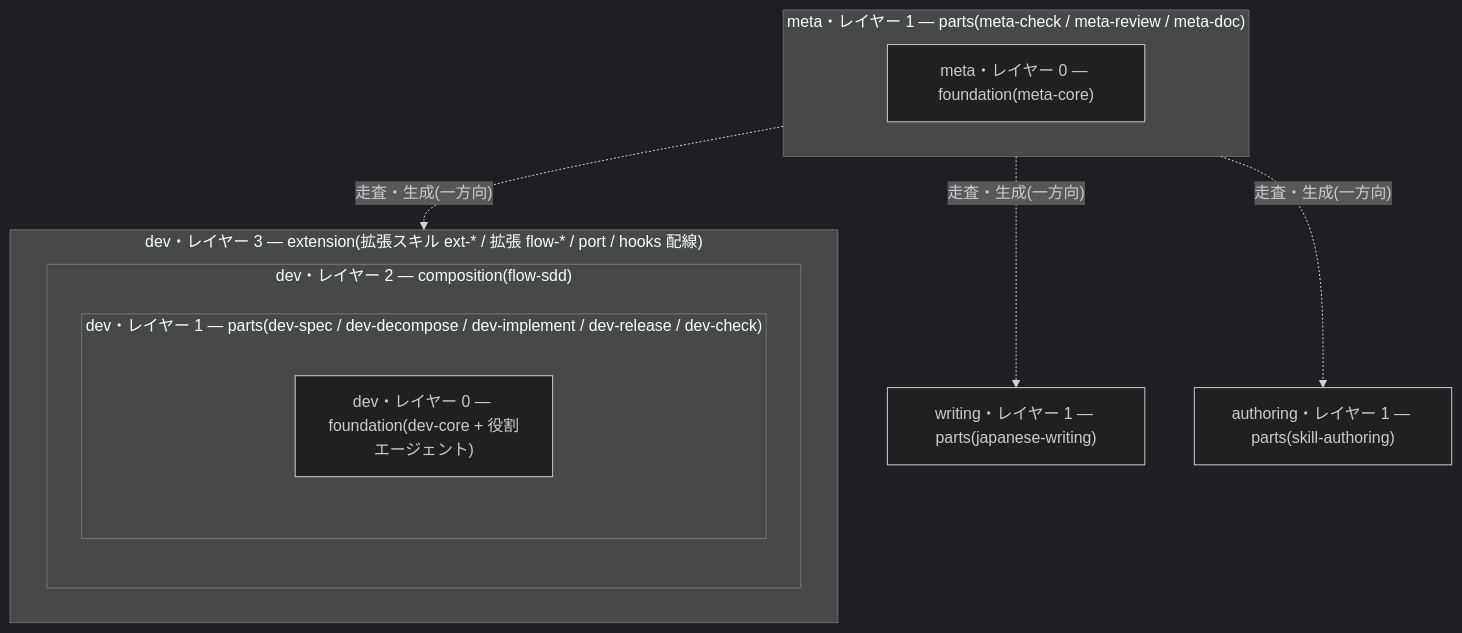
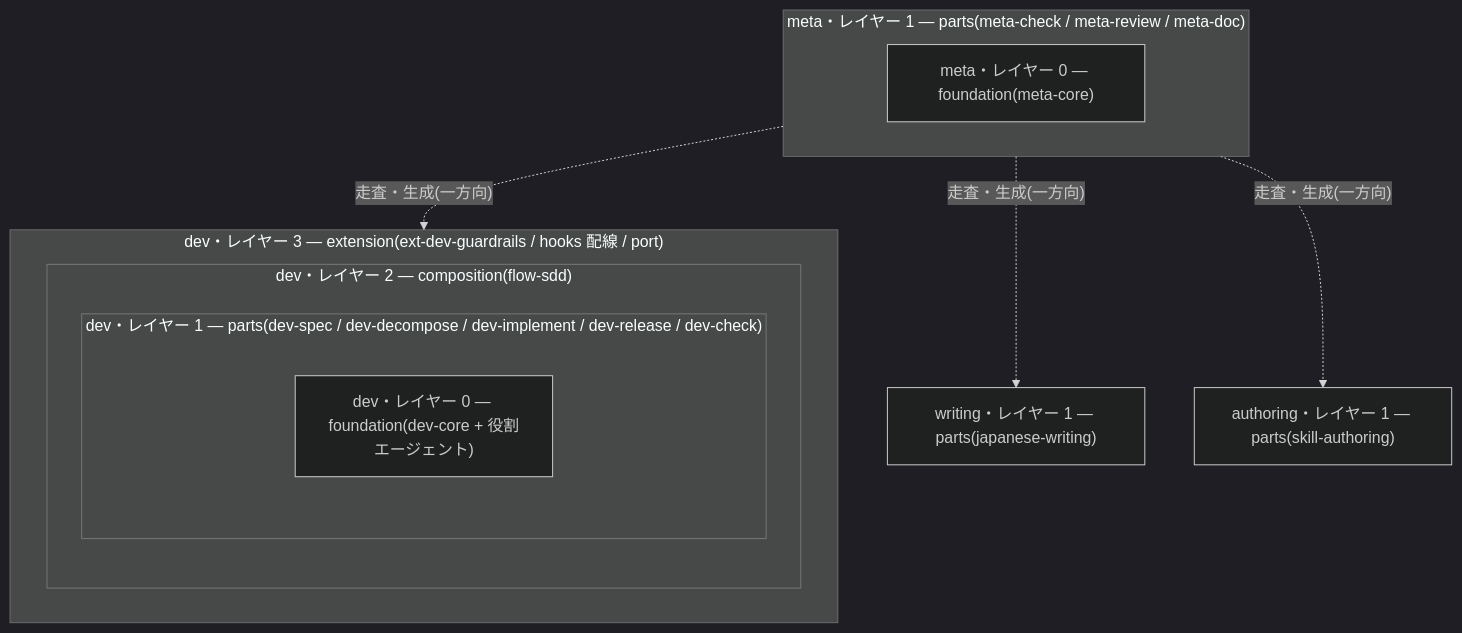
One commit to mosidas/dev-skills changed the first of 3 diagrams in .meta/DESIGN.md. Above: the diagram before and after it, drawn with Mermaid (dark theme). The commit also changed other lines of this file and 48 other files, not shown here.

````diff
--- a/.meta/DESIGN.md
+++ b/.meta/DESIGN.md
@@ -64,18 +75,18 @@
 ```mermaid
 flowchart TD
-    subgraph D3["dev・レイヤー 3 — extension(拡張スキル ext-* / 拡張 flow-* / port / hooks 配線)"]
+    subgraph D3["dev・レイヤー 3 — extension(ext-dev-guardrails / hooks 配線 / port)"]
         subgraph D2["dev・レイヤー 2 — composition(flow-sdd)"]
             subgraph D1["dev・レイヤー 1 — parts(dev-spec / dev-decompose / dev-implement / dev-release / dev-check)"]
                 D0["dev・レイヤー 0 — foundation(dev-core + 役割エージェント)"]
             end
         end
     end
     W1["writing・レイヤー 1 — parts(japanese-writing)"]
     A1["authoring・レイヤー 1 — parts(skill-authoring)"]
     subgraph M1["meta・レイヤー 1 — parts(meta-check / meta-review / meta-doc)"]
         M0["meta・レイヤー 0 — foundation(meta-core)"]
     end
     M1 -. 走査・生成(一方向) .-> D3
     M1 -. 走査・生成(一方向) .-> W1
     M1 -. 走査・生成(一方向) .-> A1
 ```
````
